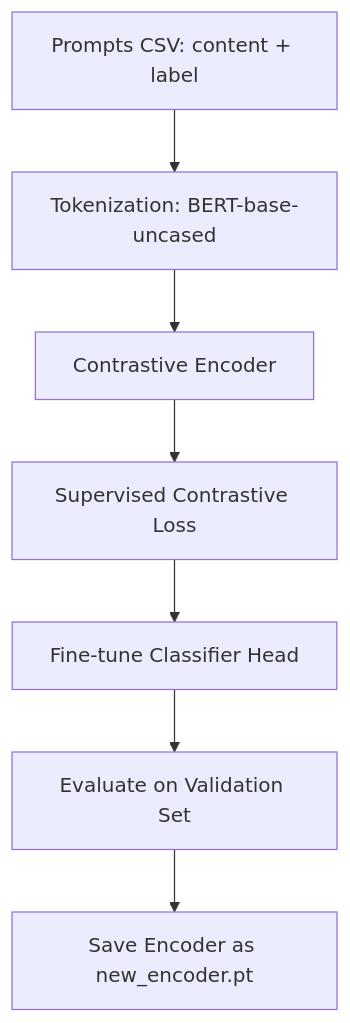
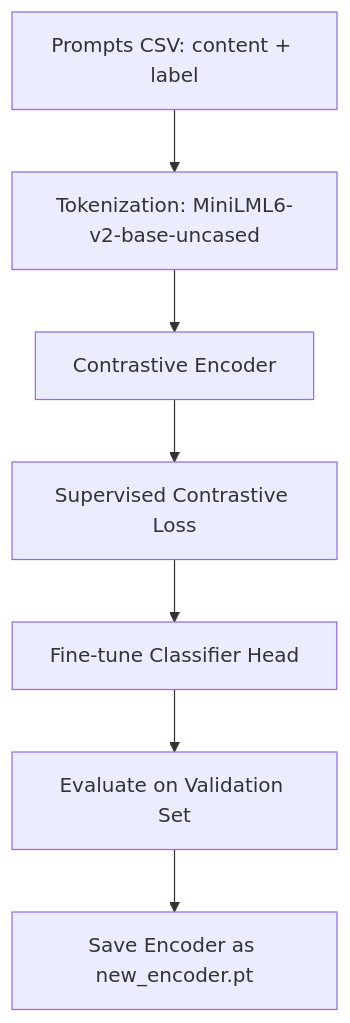
The first of 4 diagrams in README.md (intersafety/tahoe), drawn with Mermaid before and after one commit. The commit also changed other lines of this file, not shown here.

````diff
--- a/README.md
+++ b/README.md
@@ -20,9 +20,9 @@
 ```mermaid
 graph TD
-A["Prompts CSV: content + label"] --> B["Tokenization: BERT-base-uncased"]
+A["Prompts CSV: content + label"] --> B["Tokenization: MiniLML6-v2-base-uncased"]
 B --> C["Contrastive Encoder"]
 C --> D["Supervised Contrastive Loss"]
 D --> E["Fine-tune Classifier Head"]
 E --> F["Evaluate on Validation Set"]
 F --> G["Save Encoder as new_encoder.pt"]
 ```
````
